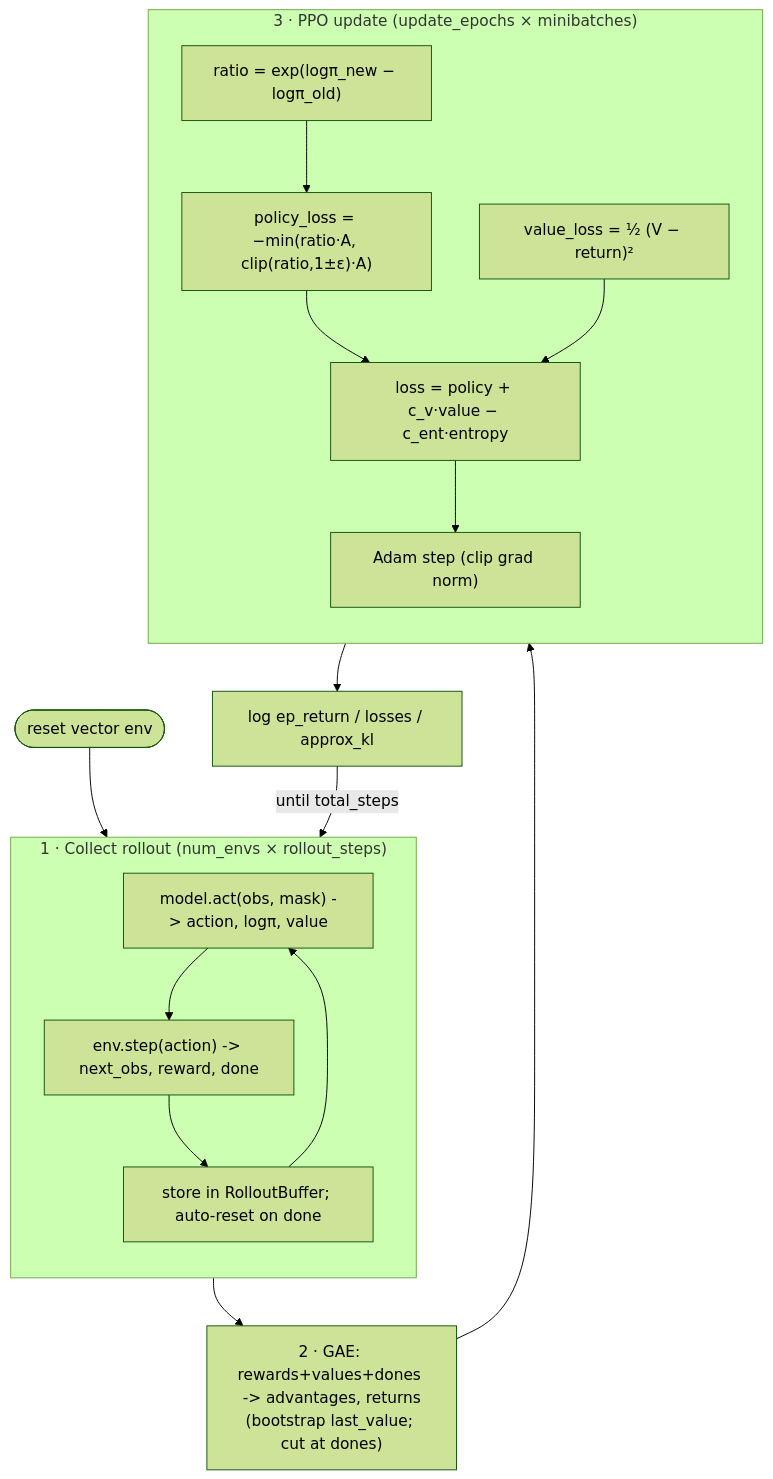
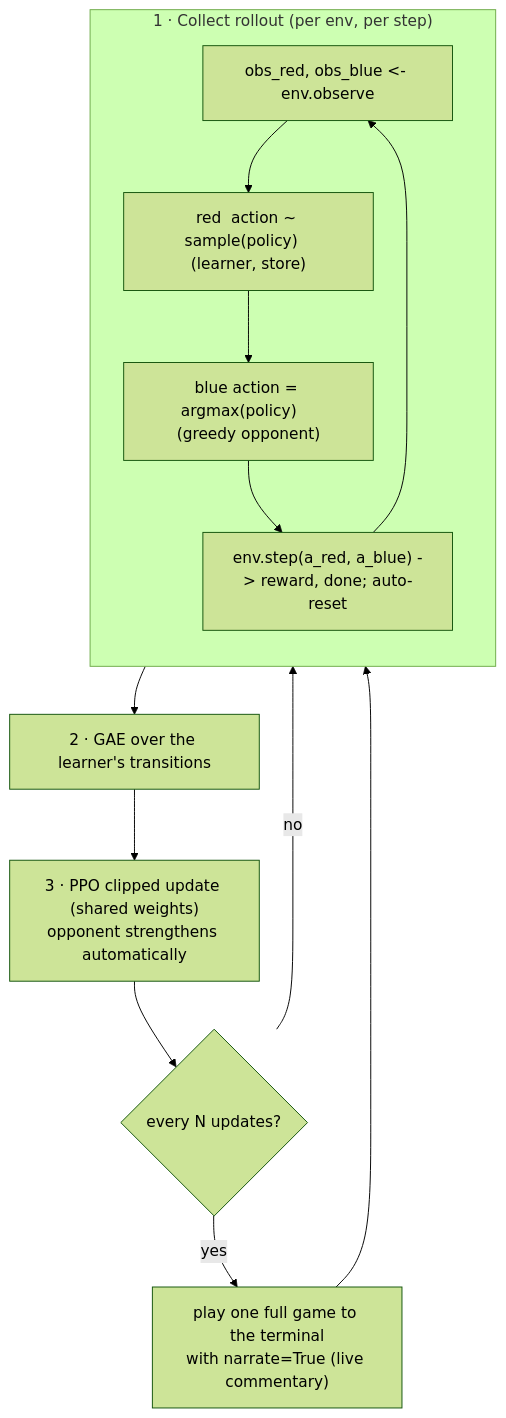
The third of 4 diagrams in agents/DESIGN.md (rfgordan/alphakazam), drawn with Mermaid (forest theme) before and after one commit. The commit also changed other lines of this file and 16 other files, not shown here.

First line of the commit message:
agents+engine: PyO3 bridge, NL commentary, greedy self-play

````diff
--- a/agents/DESIGN.md
+++ b/agents/DESIGN.md
@@ -79,29 +81,17 @@
 ```mermaid
 flowchart TD
-    START([reset vector env]) --> COLLECT
-
-    subgraph COLLECT["1 · Collect rollout (num_envs × rollout_steps)"]
+    subgraph COLLECT["1 · Collect rollout (per env, per step)"]
         direction TB
-        S1["model.act(obs, mask) -> action, logπ, value"]
-        S2["env.step(action) -> next_obs, reward, done"]
-        S3["store in RolloutBuffer; auto-reset on done"]
-        S1 --> S2 --> S3 --> S1
+        O["obs_red, obs_blue <- env.observe"]
+        SR["red  action ~ sample(policy)   (learner, store)"]
+        SB["blue action = argmax(policy)    (greedy opponent)"]
+        ST["env.step(a_red, a_blue) -> reward, done; auto-reset"]
+        O --> SR --> SB --> ST --> O
     end
-
-    COLLECT --> GAE["2 · GAE: rewards+values+dones -> advantages, returns\n(bootstrap last_value; cut at dones)"]
-
-    GAE --> UPDATE
-    subgraph UPDATE["3 · PPO update (update_epochs × minibatches)"]
-        direction TB
-        U1["ratio = exp(logπ_new − logπ_old)"]
-        U2["policy_loss = −min(ratio·A, clip(ratio,1±ε)·A)"]
-        U3["value_loss = ½ (V − return)²"]
-        U4["loss = policy + c_v·value − c_ent·entropy"]
-        U5["Adam step (clip grad norm)"]
-        U1 --> U2 --> U4
-        U3 --> U4 --> U5
-    end
-
-    UPDATE --> LOG["log ep_return / losses / approx_kl"]
-    LOG -->|until total_steps| COLLECT
+    COLLECT --> GAE["2 · GAE over the learner's transitions"]
+    GAE --> UPD["3 · PPO clipped update (shared weights)\nopponent strengthens automatically"]
+    UPD --> WATCH{"every N updates?"}
+    WATCH -- yes --> PLAY["play one full game to the terminal\nwith narrate=True (live commentary)"]
+    WATCH -- no --> COLLECT
+    PLAY --> COLLECT
 ```
````
